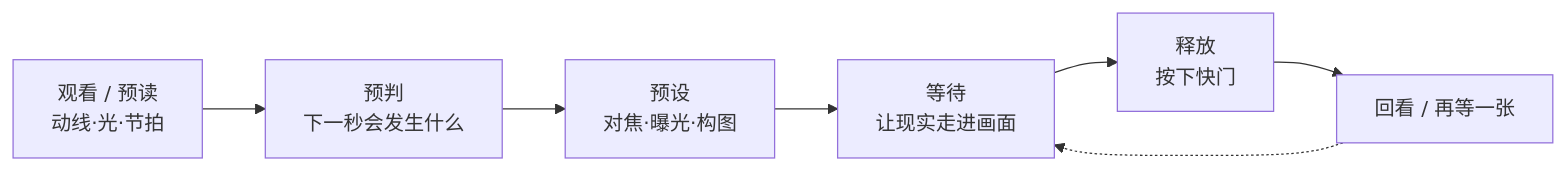
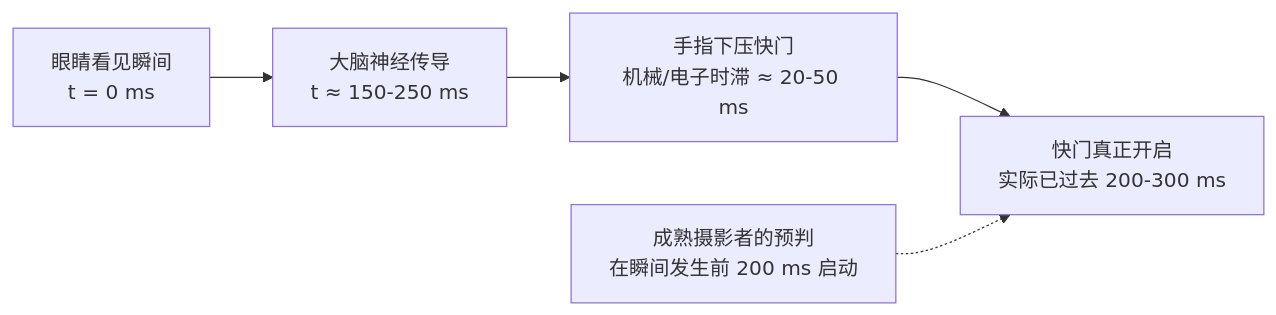
The diagram in docs/06-timing.md (yingwang/photography-book), drawn with Mermaid before and after one commit. The commit also changed other lines of this file and 16 other files, not shown here.

````diff
--- a/docs/06-timing.md
+++ b/docs/06-timing.md
@@ -95,9 +89,7 @@
 ```mermaid
 graph LR
-    A["观看 / 预读<br/>动线·光·节拍"] --> B["预判<br/>下一秒会发生什么"]
-    B --> C["预设<br/>对焦·曝光·构图"]
-    C --> D["等待<br/>让现实走进画面"]
-    D --> E["释放<br/>按下快门"]
-    E --> F["回看 / 再等一张"]
-    F -.-> D
+    A["眼睛看见瞬间<br/>t = 0 ms"] --> B["大脑神经传导<br/>t ≈ 150-250 ms"]
+    B --> C["手指下压快门<br/>机械/电子时滞 ≈ 20-50 ms"]
+    C --> D["快门真正开启<br/>实际已过去 200-300 ms"]
+    E["成熟摄影者的预判<br/>在瞬间发生前 200 ms 启动"] -.-> D
 ```
````
